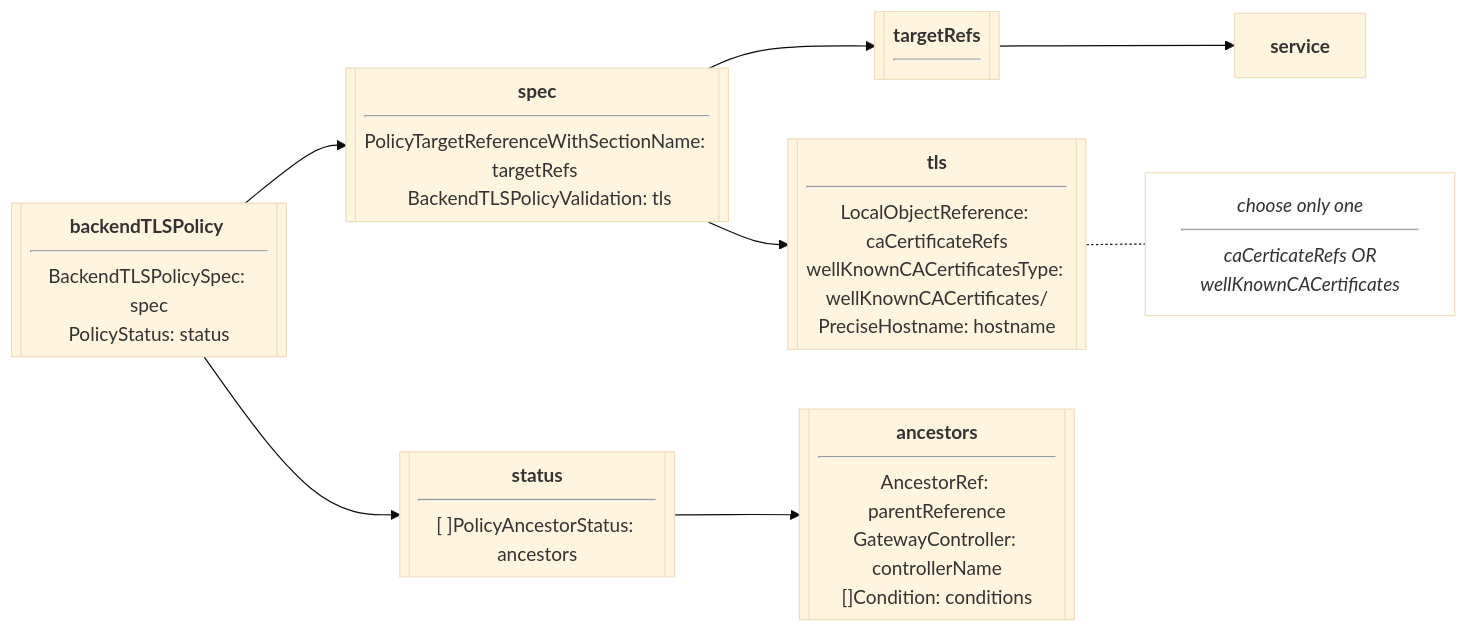
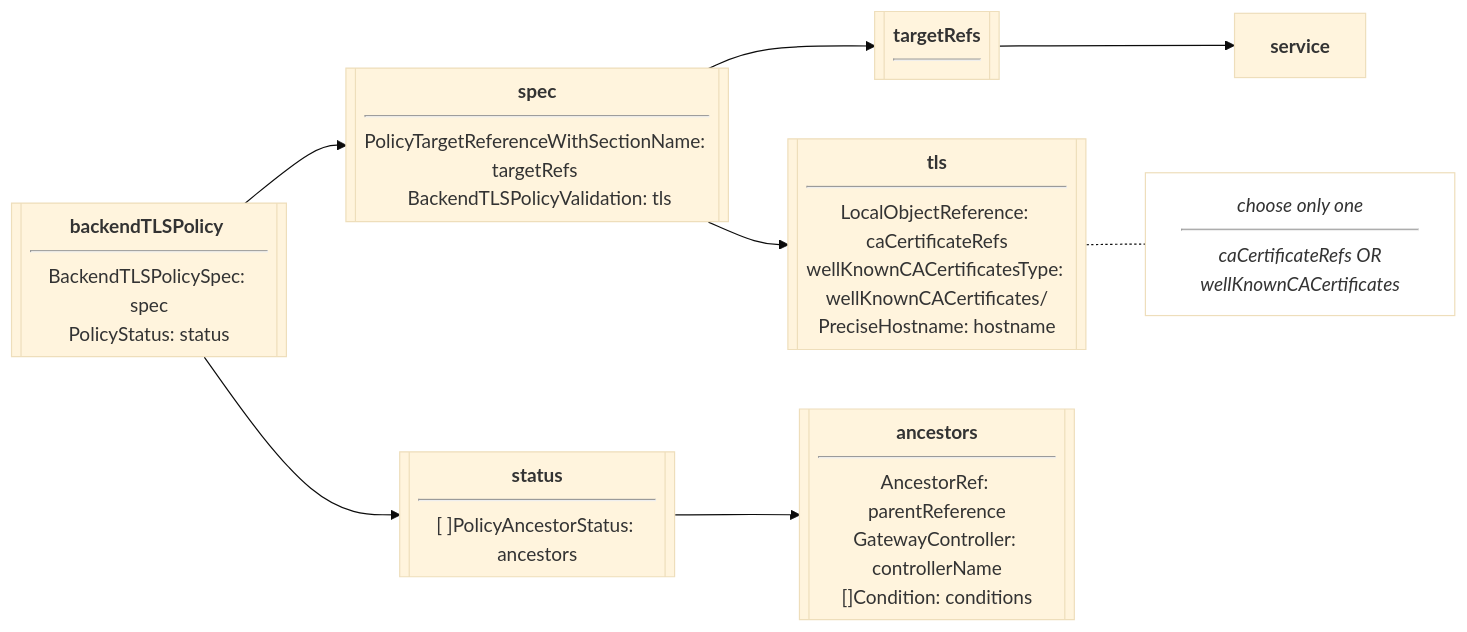
Before and after one commit to kubernetes-sigs/gateway-api: the first of 2 diagrams in site-src/api-types/backendtlspolicy.md, drawn with Mermaid (base theme). The commit also changed other lines of this file and 4 other files, not shown here.

````diff
--- a/site-src/api-types/backendtlspolicy.md
+++ b/site-src/api-types/backendtlspolicy.md
@@ -46,18 +46,18 @@
 ```mermaid
 flowchart LR
     backendTLSPolicy[["<b>backendTLSPolicy</b> <hr><align=left>BackendTLSPolicySpec: spec<br>PolicyStatus: status</align>"]]
     spec[["<b>spec</b><hr>PolicyTargetReferenceWithSectionName: targetRefs <br> BackendTLSPolicyValidation: tls"]]
     status[["<b>status</b><hr>[ ]PolicyAncestorStatus: ancestors"]]
     validation[["<b>tls</b><hr>LocalObjectReference: caCertificateRefs<br>wellKnownCACertificatesType: wellKnownCACertificates/<br>PreciseHostname: hostname"]]
     ancestorStatus[["<b>ancestors</b><hr>AncestorRef: parentReference<br>GatewayController: controllerName<br>[]Condition: conditions"]]
     targetRefs[[<b>targetRefs</b><hr>]]
     service["<b>service</>"]
     backendTLSPolicy -->spec
     backendTLSPolicy -->status
     spec -->targetRefs & validation
     status -->ancestorStatus
     targetRefs -->service
-    note[<em>choose only one<hr> caCerticateRefs OR wellKnownCACertificates</em>]
+    note[<em>choose only one<hr> caCertificateRefs OR wellKnownCACertificates</em>]
     style note fill:#fff
     validation -.- note
 ```
````
